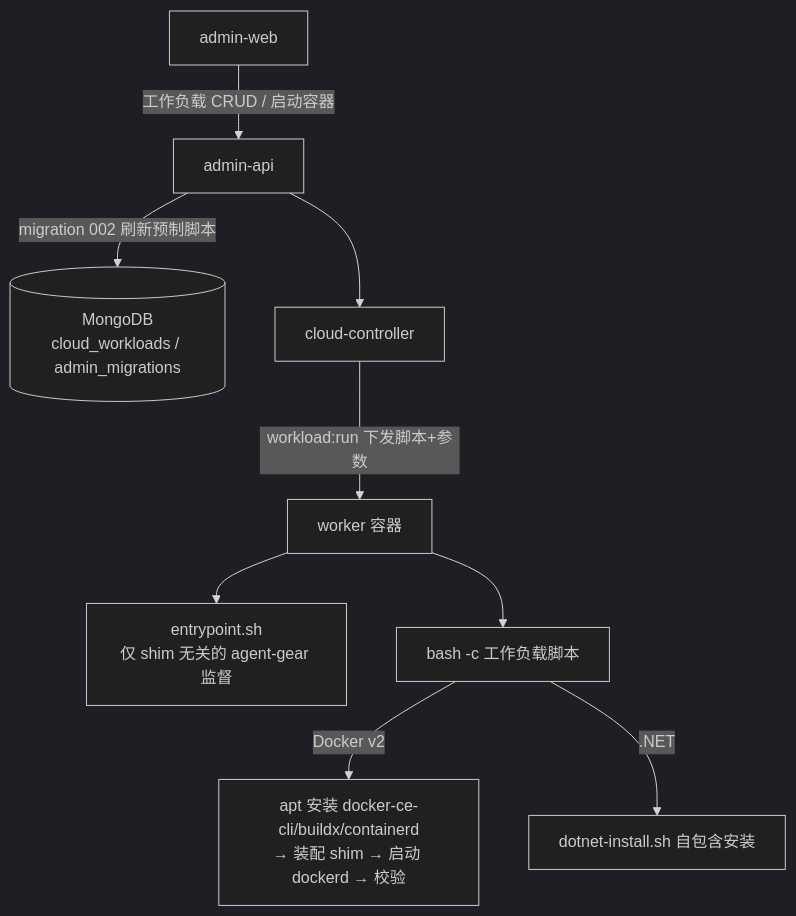
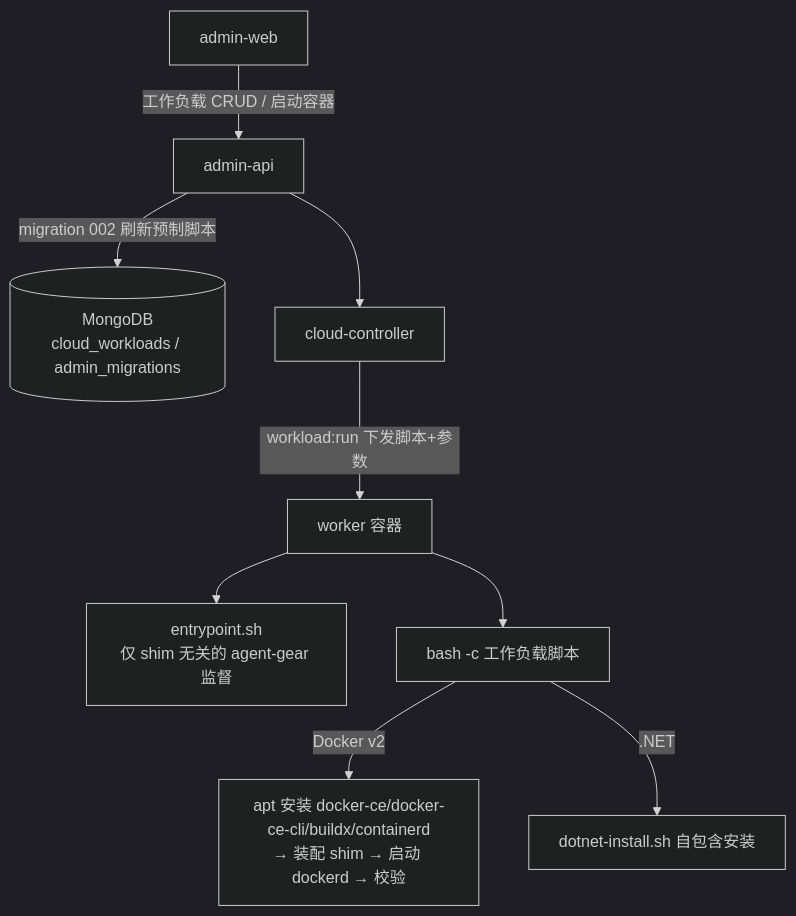
The first of 4 diagrams in docs/engineering/proposals/20261018-feat-workload-phase4.md (Deliay/z-agent-gear), drawn with Mermaid (dark theme) before and after one commit. The commit also changed other lines of this file and 2 other files, not shown here.

First line of the commit message:
docs(workload): 同步 Docker 脚本 v2 包列表与内网安装源口径

````diff
--- a/docs/engineering/proposals/20261018-feat-workload-phase4.md
+++ b/docs/engineering/proposals/20261018-feat-workload-phase4.md
@@ -55,11 +56,11 @@
 ```mermaid
 graph TD
     A[admin-web] -->|工作负载 CRUD / 启动容器| B[admin-api]
     B -->|migration 002 刷新预制脚本| M[(MongoDB<br/>cloud_workloads / admin_migrations)]
     B --> C[cloud-controller]
     C -->|workload:run 下发脚本+参数| W[worker 容器]
     W --> D[entrypoint.sh<br/>仅 shim 无关的 agent-gear 监督]
     W --> E[bash -c 工作负载脚本]
-    E -->|Docker v2| F[apt 安装 docker-ce-cli/buildx/containerd<br/>→ 装配 shim → 启动 dockerd → 校验]
+    E -->|Docker v2| F[apt 安装 docker-ce/docker-ce-cli/buildx/containerd<br/>→ 装配 shim → 启动 dockerd → 校验]
     E -->|.NET| G[dotnet-install.sh 自包含安装]
 ```
````
